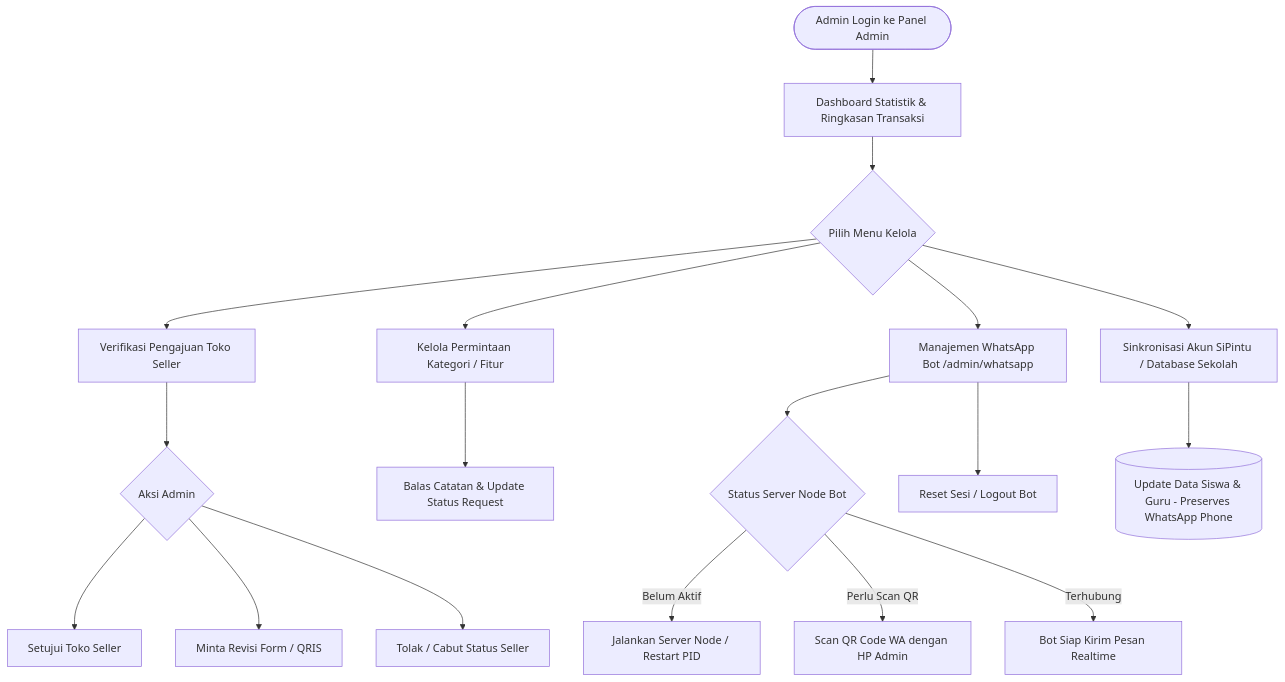
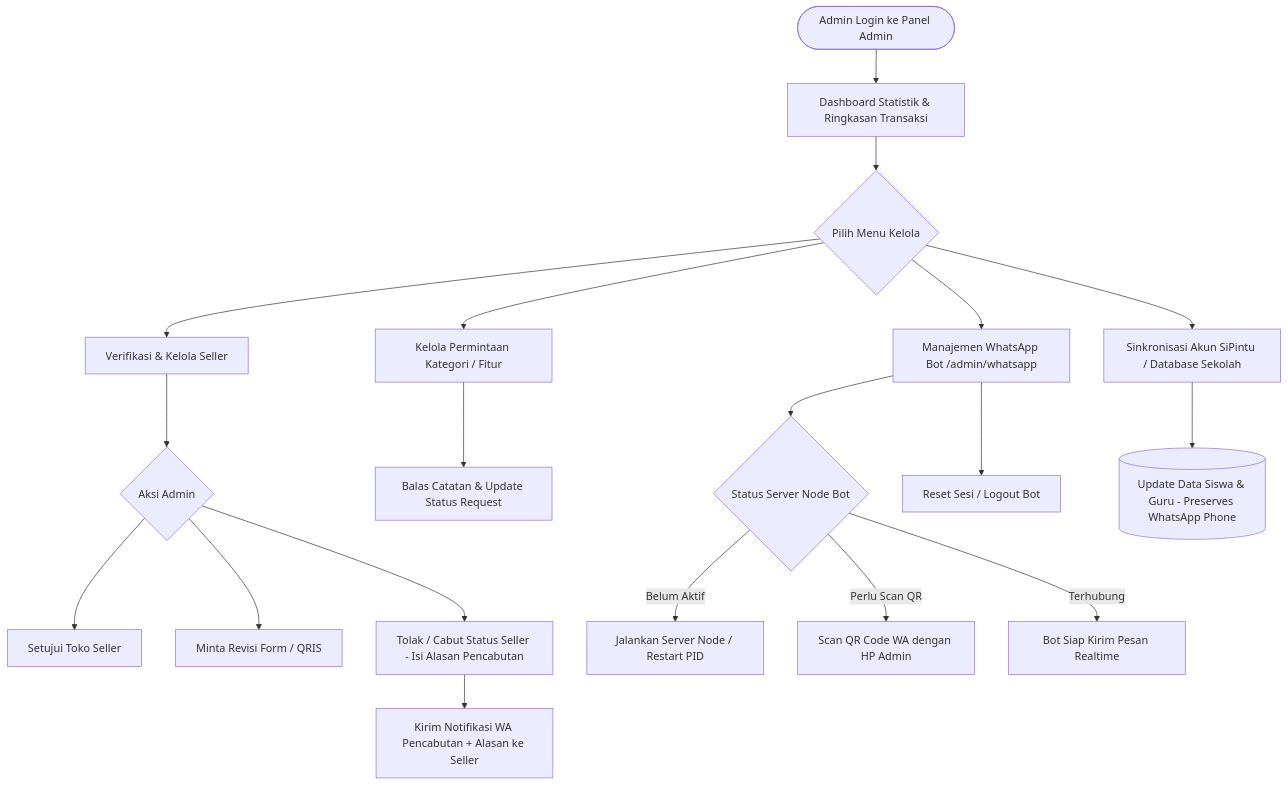
The fourth of 8 diagrams in FLOWCHART_USERS _ESKAMART.md (Z-Forz/Eskasaba_Marketplace), drawn with Mermaid before and after one commit. The commit also changed other lines of this file and 23 other files, not shown here.

````diff
--- a/FLOWCHART_USERS _ESKAMART.md
+++ b/FLOWCHART_USERS _ESKAMART.md
@@ -190,25 +190,26 @@
 ```mermaid
 flowchart TD
     StartAdmin([Admin Login ke Panel Admin]) --> AdminDashboard[Dashboard Statistik & Ringkasan Transaksi]
     
     AdminDashboard --> AdminMenu{Pilih Menu Kelola}
     
-    AdminMenu --> VerifSellers[Verifikasi Pengajuan Toko Seller]
+    AdminMenu --> VerifSellers[Verifikasi & Kelola Seller]
     VerifSellers --> ActionVerif{Aksi Admin}
     ActionVerif --> ApproveSeller[Setujui Toko Seller]
     ActionVerif --> ReviseSeller[Minta Revisi Form / QRIS]
-    ActionVerif --> RejectSeller[Tolak / Cabut Status Seller]
+    ActionVerif --> RejectSeller[Tolak / Cabut Status Seller - Isi Alasan Pencabutan]
+    RejectSeller --> SendWARevoke[Kirim Notifikasi WA Pencabutan + Alasan ke Seller]
     
     AdminMenu --> ManageRequests[Kelola Permintaan Kategori / Fitur]
     ManageRequests --> RespondReq[Balas Catatan & Update Status Request]
     
     AdminMenu --> WABotManager[Manajemen WhatsApp Bot /admin/whatsapp]
     WABotManager --> CheckBotState{Status Server Node Bot}
     CheckBotState -- Belum Aktif --> StartNodeProc[Jalankan Server Node / Restart PID]
     CheckBotState -- Perlu Scan QR --> ScanQR[Scan QR Code WA dengan HP Admin]
     CheckBotState -- Terhubung --> ActiveBot[Bot Siap Kirim Pesan Realtime]
     WABotManager --> ResetSession[Reset Sesi / Logout Bot]
     
     AdminMenu --> SyncUser[Sinkronisasi Akun SiPintu / Database Sekolah]
     SyncUser --> FetchSiPintu[(Update Data Siswa & Guru - Preserves WhatsApp Phone)]
 ```
````
